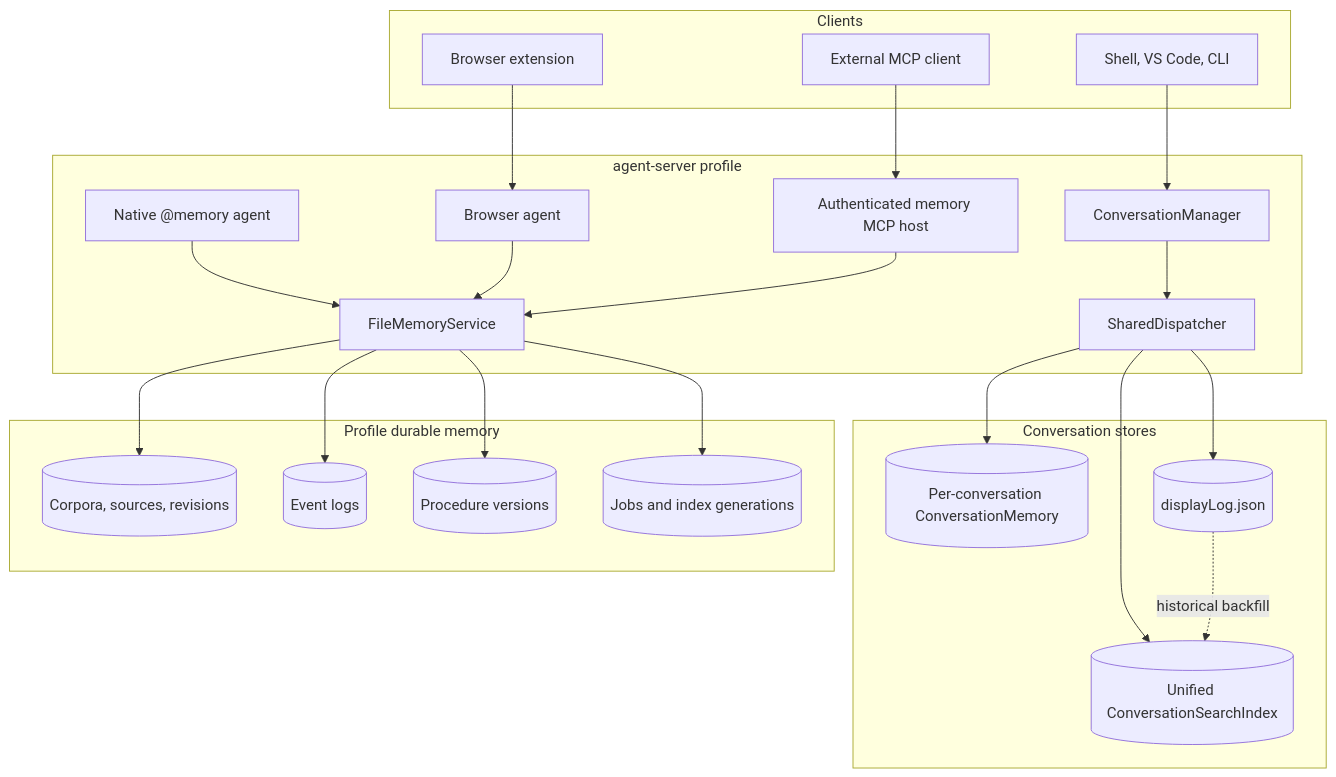
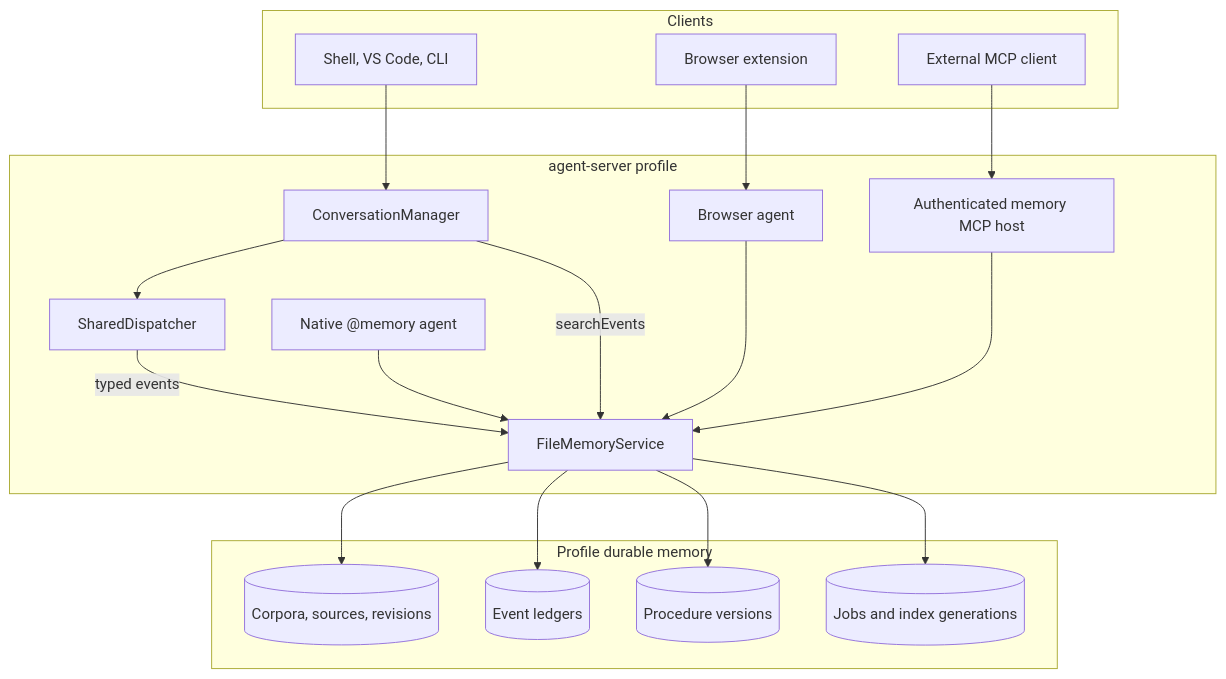
Before and after one commit to microsoft/TypeAgent: the first of 3 diagrams in ts/docs/architecture/memory/current-system.md, drawn with Mermaid. The commit also changed other lines of this file and 71 other files, not shown here.

````diff
--- a/ts/docs/architecture/memory/current-system.md
+++ b/ts/docs/architecture/memory/current-system.md
@@ -12,44 +28,36 @@
 ```mermaid
 flowchart TB
     subgraph Clients
         CHAT[Shell, VS Code, CLI]
         EXT[Browser extension]
         MCPCLIENT[External MCP client]
     end
 
     subgraph AgentServer[agent-server profile]
         CM[ConversationManager]
         DISP[SharedDispatcher]
         MEMORYAGENT[Native @memory agent]
         BROWSER[Browser agent]
         MCPHOST[Authenticated memory MCP host]
         SERVICE[FileMemoryService]
     end
 
-    subgraph ConversationStores[Conversation stores]
-        LOCAL[(Per-conversation ConversationMemory)]
-        UNIFIED[(Unified ConversationSearchIndex)]
-        LOG[(displayLog.json)]
-    end
-
     subgraph DurableStore[Profile durable memory]
         SOURCES[(Corpora, sources, revisions)]
-        EVENTS[(Event logs)]
+        EVENTS[(Event ledgers)]
         PROCEDURES[(Procedure versions)]
         JOBS[(Jobs and index generations)]
     end
 
     CHAT --> CM --> DISP
-    DISP --> LOCAL
-    DISP --> UNIFIED
-    DISP --> LOG
-    LOG -. historical backfill .-> UNIFIED
+    DISP -->|typed events| SERVICE
     MEMORYAGENT --> SERVICE
     BROWSER --> SERVICE
     EXT --> BROWSER
+    CM -->|searchEvents| SERVICE
     MCPCLIENT --> MCPHOST --> SERVICE
     SERVICE --> SOURCES
     SERVICE --> EVENTS
     SERVICE --> PROCEDURES
     SERVICE --> JOBS
 ```
````
